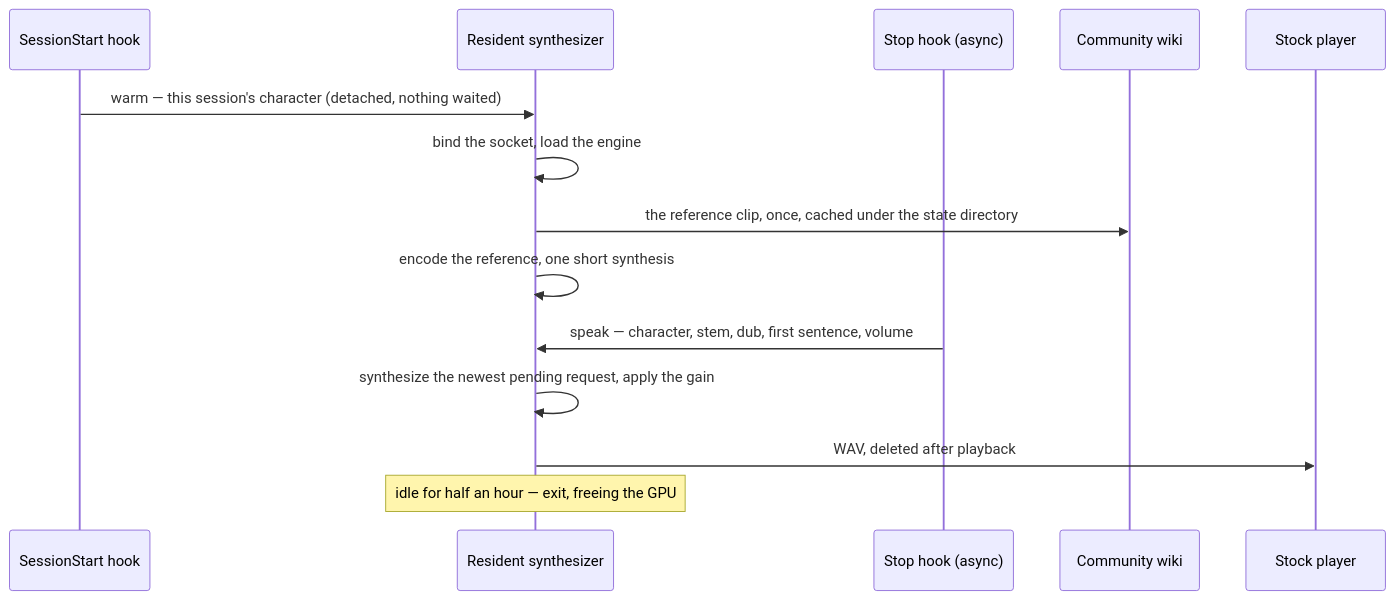
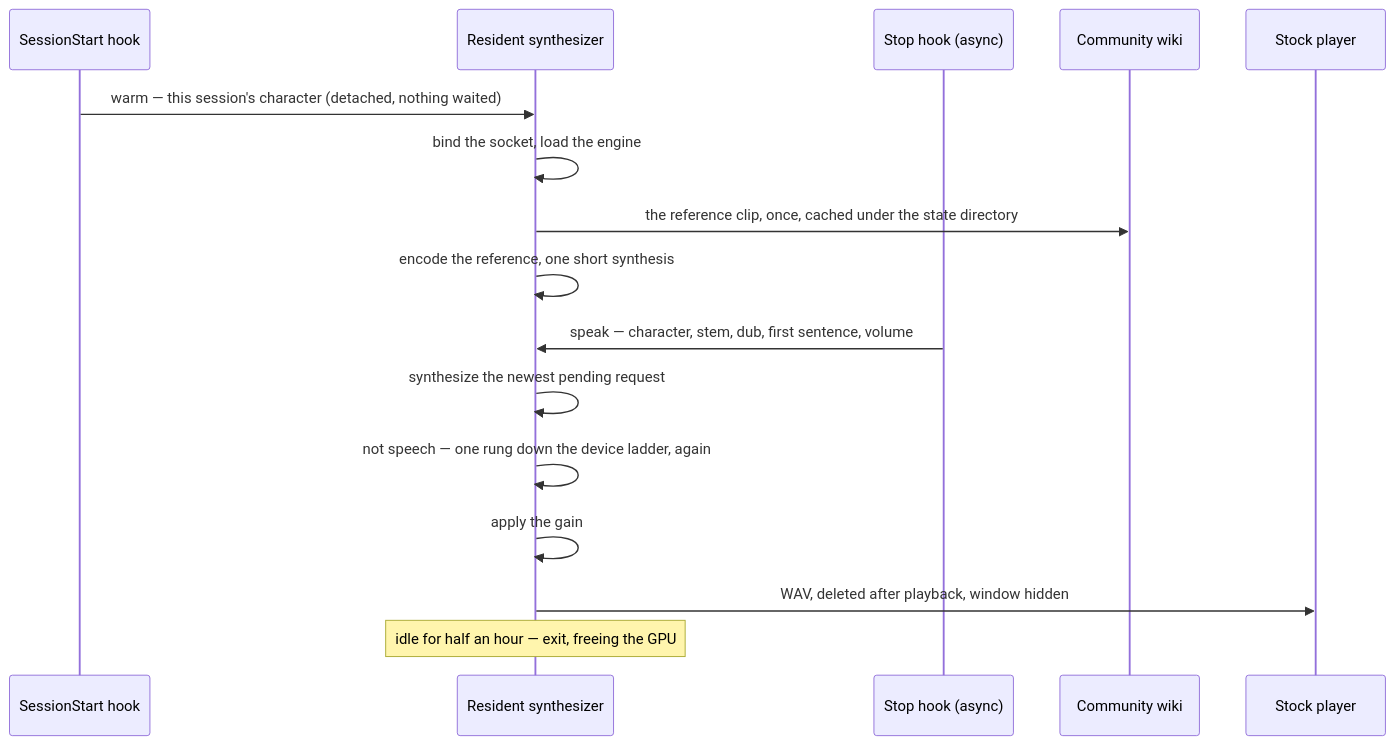
One commit to Esposter/Esposter changed the first of 2 diagrams in apps/web/content/docs/infra/claude-interface/spoken-replies.md. Above: the diagram before and after it, drawn with Mermaid. The commit also changed other lines of this file and 17 other files, not shown here.

````diff
--- a/apps/web/content/docs/infra/claude-interface/spoken-replies.md
+++ b/apps/web/content/docs/infra/claude-interface/spoken-replies.md
@@ -19,17 +19,19 @@
 ```mermaid
 sequenceDiagram
     participant Start as SessionStart hook
     participant Server as Resident synthesizer
     participant Stop as Stop hook (async)
     participant Wiki as Community wiki
     participant Player as Stock player
 
     Start->>Server: warm — this session's character (detached, nothing waited)
     Server->>Server: bind the socket, load the engine
     Server->>Wiki: the reference clip, once, cached under the state directory
     Server->>Server: encode the reference, one short synthesis
     Stop->>Server: speak — character, stem, dub, first sentence, volume
-    Server->>Server: synthesize the newest pending request, apply the gain
-    Server->>Player: WAV, deleted after playback
+    Server->>Server: synthesize the newest pending request
+    Server->>Server: not speech — one rung down the device ladder, again
+    Server->>Server: apply the gain
+    Server->>Player: WAV, deleted after playback, window hidden
     Note over Server: idle for half an hour — exit, freeing the GPU
 ```
````
